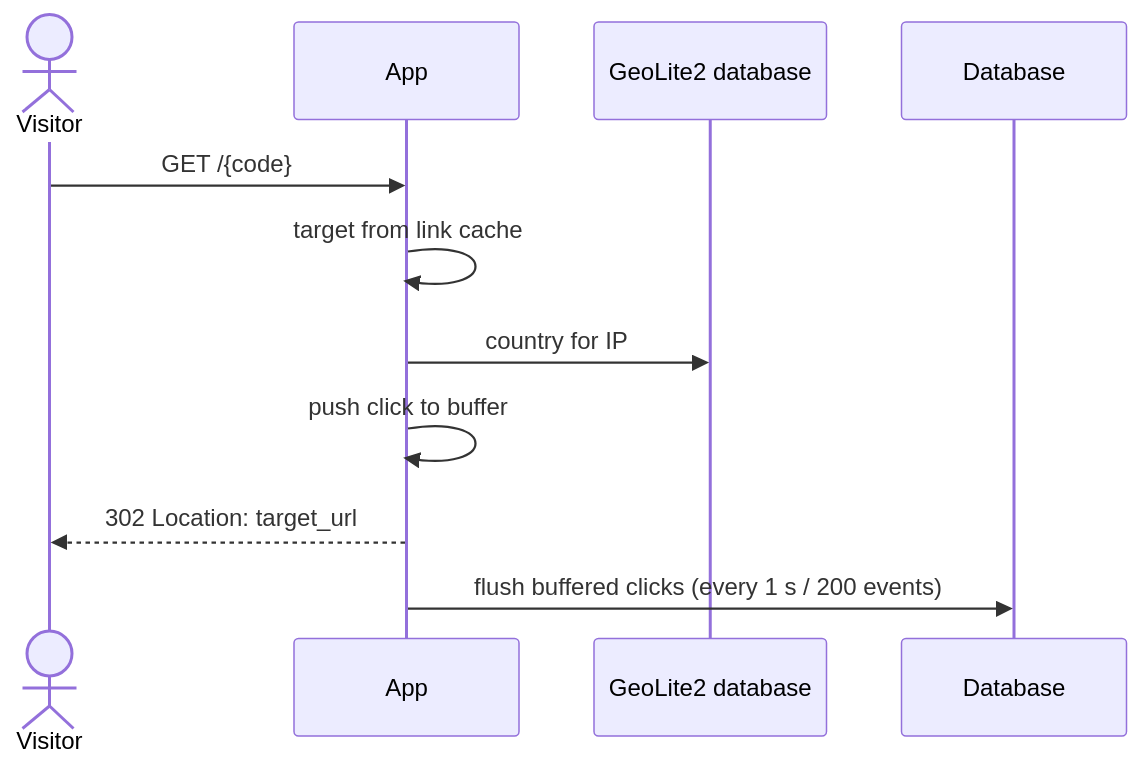
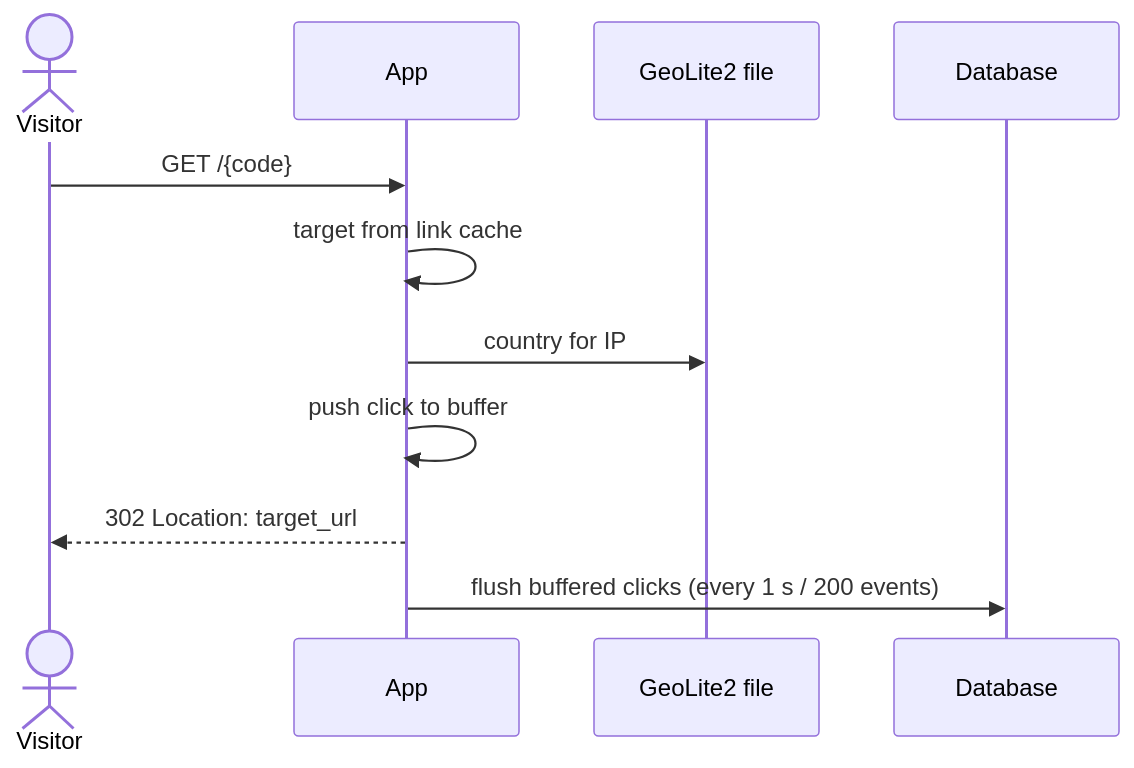
The fifth of 6 diagrams in examples/link-shortener/docs/design/link-shortener/design.md (fwiesek/tech-design-skills), drawn with Mermaid before and after one commit. The commit also changed other lines of this file and 2 other files, not shown here.

````diff
--- a/examples/link-shortener/docs/design/link-shortener/design.md
+++ b/examples/link-shortener/docs/design/link-shortener/design.md
@@ -164,13 +178,13 @@
 ```mermaid
 sequenceDiagram
   actor Visitor
   participant App
-  participant Geo as GeoLite2 database
+  participant Geo as GeoLite2 file
   participant DB as Database
   Visitor->>App: GET /{code}
   App->>App: target from link cache
   App->>Geo: country for IP
   App->>App: push click to buffer
   App-->>Visitor: 302 Location: target_url
   App->>DB: flush buffered clicks (every 1 s / 200 events)
 ```
````
